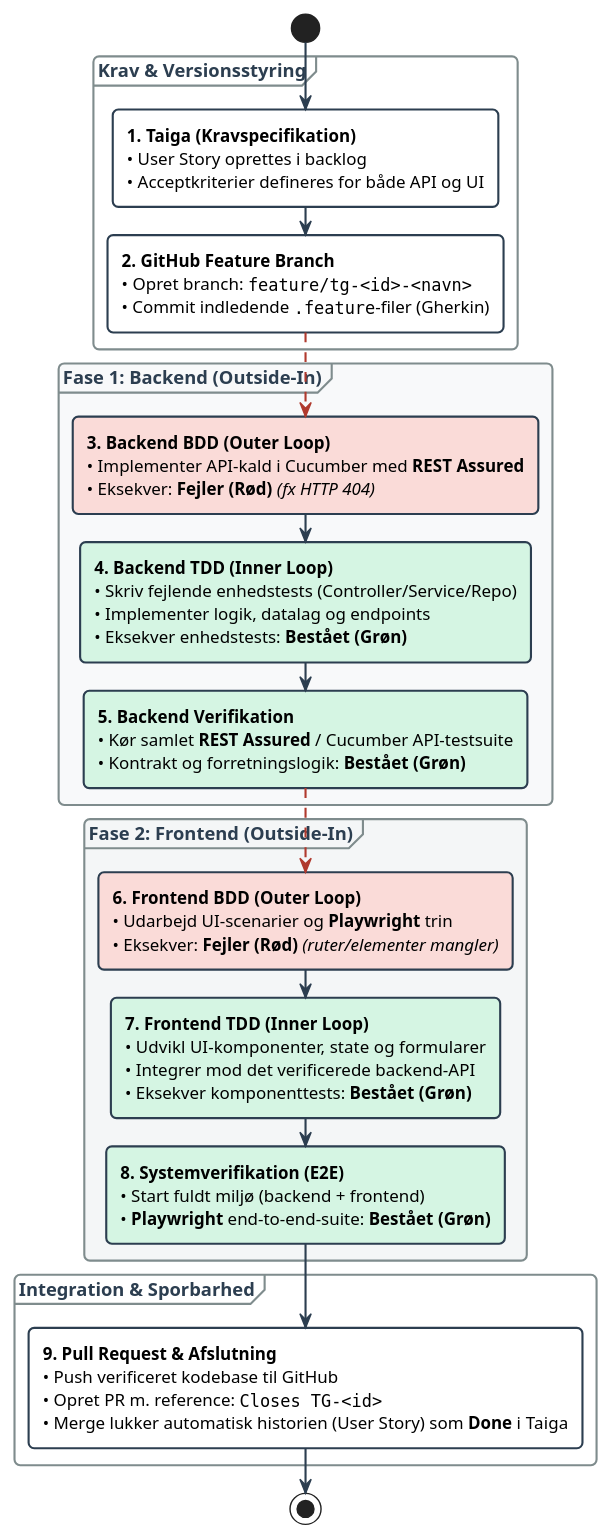
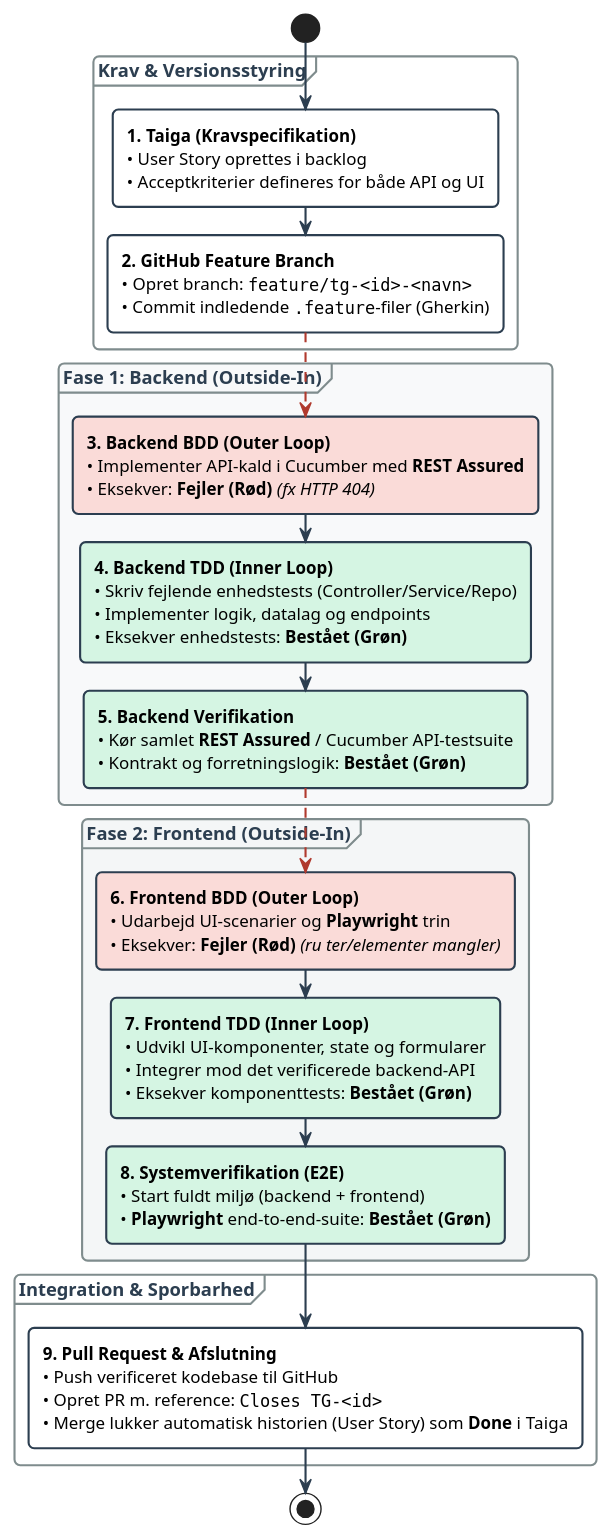
Before and after one commit to 7-3-N-3-7/api: the diagram in infrastructure/diagrams/bdd-tdd-workflow.puml, drawn with PlantUML. The commit also changed 9 other files, not shown here.

```diff
--- a/infrastructure/diagrams/bdd-tdd-workflow.puml
+++ b/infrastructure/diagrams/bdd-tdd-workflow.puml
@@ -1,75 +1,75 @@
 @startuml
 skinparam defaultFontName Arial
 skinparam defaultFontSize 12
 skinparam roundCorner 8
 skinparam shadowing false
 skinparam ArrowColor #2C3E50
 skinparam ArrowThickness 1.5
 
 skinparam activity {
     BackgroundColor #FFFFFF
     BorderColor #2C3E50
     BorderThickness 1.5
 }
 
 skinparam partition {
     BorderColor #7F8C8D
     FontColor #2C3E50
     FontStyle bold
     FontSize 13
 }
 
 start
 
 partition "**Krav & Versionsstyring**" {
     :<b>1. Taiga (Kravspecifikation)</b>
     • User Story oprettes i backlog
     • Acceptkriterier defineres for både API og UI;
 
     :<b>2. GitHub Feature Branch</b>
     • Opret branch: ""feature/tg-<id>-<navn>""
     • Commit indledende "".feature""-filer (Gherkin);
 }
 
 partition "**Fase 1: Backend (Outside-In)**" #F8F9FA {
     -[#B03A2E,dashed]->
     #FADBD8:<b>3. Backend BDD (Outer Loop)</b>
     • Implementer API-kald i Cucumber med **REST Assured**
     • Eksekver: **Fejler (Rød)** //(fx HTTP 404)//;
     
     #D5F5E3:<b>4. Backend TDD (Inner Loop)</b>
     • Skriv fejlende enhedstests (Controller/Service/Repo)
     • Implementer logik, datalag og endpoints
     • Eksekver enhedstests: **Bestået (Grøn)**;
 
     #D5F5E3:<b>5. Backend Verifikation</b>
     • Kør samlet **REST Assured** / Cucumber API-testsuite
     • Kontrakt og forretningslogik: **Bestået (Grøn)**;
 }
 
 partition "**Fase 2: Frontend (Outside-In)**" #F4F6F7 {
     -[#B03A2E,dashed]->
     #FADBD8:<b>6. Frontend BDD (Outer Loop)</b>
     • Udarbejd UI-scenarier og **Playwright** trin
-    • Eksekver: **Fejler (Rød)** //(ruter/elementer mangler)//;
+    • Eksekver: **Fejler (Rød)** //(ru ter/elementer mangler)//;
 
     #D5F5E3:<b>7. Frontend TDD (Inner Loop)</b>
     • Udvikl UI-komponenter, state og formularer
     • Integrer mod det verificerede backend-API
     • Eksekver komponenttests: **Bestået (Grøn)**;
 
     #D5F5E3:<b>8. Systemverifikation (E2E)</b>
     • Start fuldt miljø (backend + frontend)
     • **Playwright** end-to-end-suite: **Bestået (Grøn)**;
 }
 
 partition "**Integration & Sporbarhed**" {
     :<b>9. Pull Request & Afslutning</b>
     • Push verificeret kodebase til GitHub
     • Opret PR m. reference: ""Closes TG-<id>""
     • Merge lukker automatisk historien (User Story) som **Done** i Taiga;
 
 }
 
 stop
 @enduml
```
